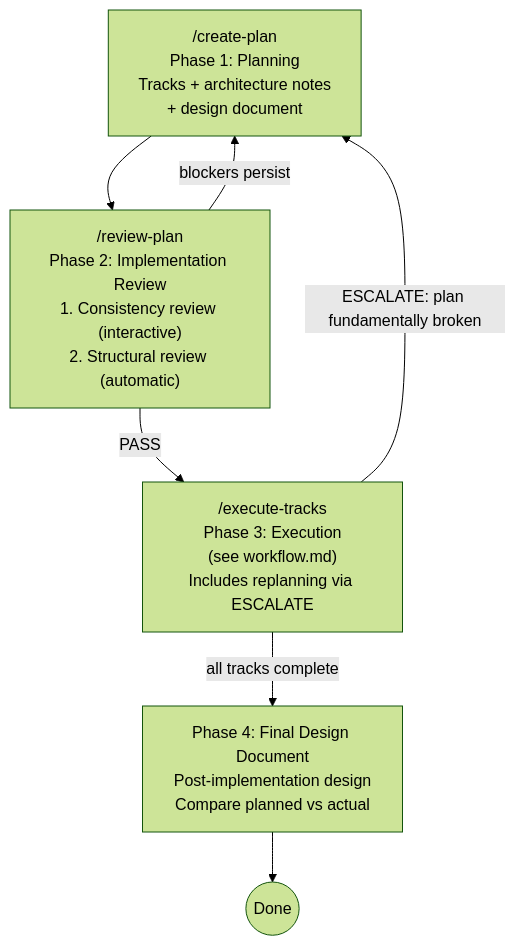
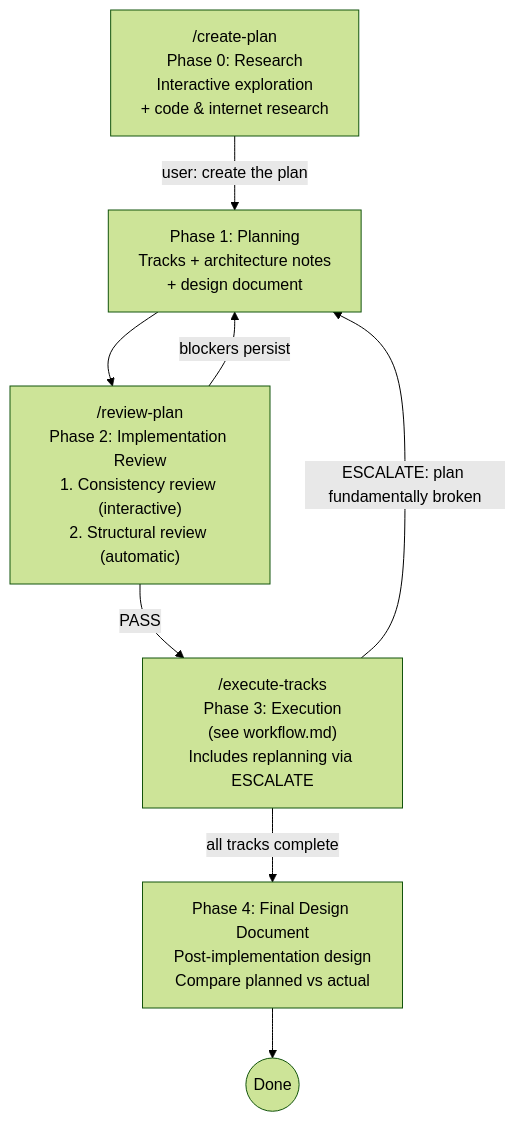
The diagram in .claude/workflow/planning.md (JetBrains/youtrackdb), drawn with Mermaid (forest theme) before and after one commit. The commit also changed other lines of this file and 4 other files, not shown here.

First line of the commit message:
Add Phase 0 (Research) to the /create-plan workflow

````diff
--- a/.claude/workflow/planning.md
+++ b/.claude/workflow/planning.md
@@ -19,15 +23,17 @@
 ```mermaid
 flowchart TD
-    P1["/create-plan\nPhase 1: Planning\nTracks + architecture notes\n+ design document"]
+    P0["/create-plan\nPhase 0: Research\nInteractive exploration\n+ code & internet research"]
+    P1["Phase 1: Planning\nTracks + architecture notes\n+ design document"]
     P2["/review-plan\nPhase 2: Implementation Review\n1. Consistency review (interactive)\n2. Structural review (automatic)"]
     P3["/execute-tracks\nPhase 3: Execution\n(see workflow.md)\nIncludes replanning via ESCALATE"]
     P4["Phase 4: Final Design Document\nPost-implementation design\nCompare planned vs actual"]
     DONE((Done))
 
+    P0 -->|"user: create the plan"| P1
     P1 --> P2
     P2 -->|PASS| P3
     P2 -->|blockers persist| P1
     P3 -->|all tracks complete| P4
     P3 -->|ESCALATE: plan fundamentally broken| P1
     P4 --> DONE
 ```
````
